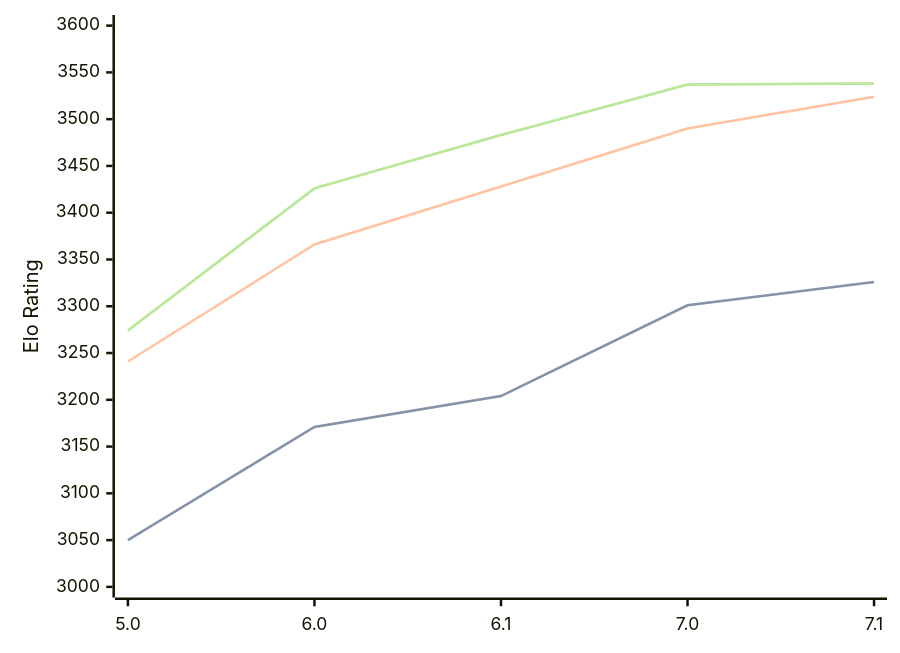
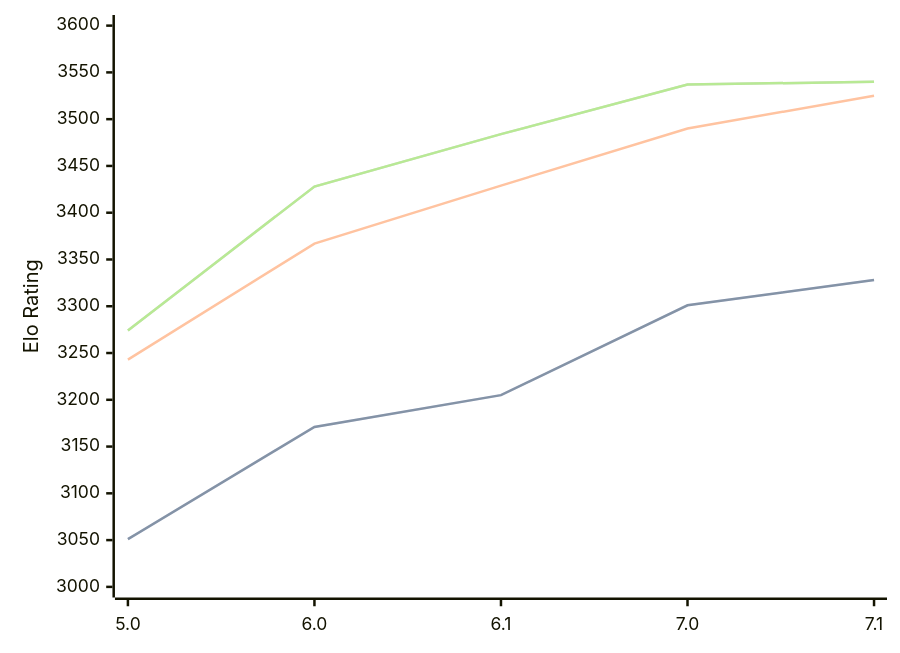
Before and after one commit to computer-chess-index/cci: the diagram in engines/PZChessBot.md, drawn with Mermaid. The commit also changed other lines of this file, not shown here.

Commit message:
Update CCI Ratings (ELO VLTC) - 2026-09-16

````diff
--- a/engines/PZChessBot.md
+++ b/engines/PZChessBot.md
@@ -35,11 +35,11 @@
 ```mermaid
 %%{init: {"theme":"base","themeVariables":{"seriesColors:['#a3a3a3','#222221','#faa371']}}}%%
 xychart-beta
   x-axis ["5.0", "6.0", "6.1", "7.0", "7.1"]
   y-axis "Elo Rating" 3000 --> 3600
-  line "" [3050, 3171, 3204, 3301, 3326]
-  line "STC (8.0+0.08s)" [3050, 3171, 3204, 3301, 3326]
-  line "LTC (60.0+0.60s)" [3241, 3366, 3428, 3490, 3524]
-  line "" [3274, 3426, 3483, 3537, 3538]
-  line "VLTC (2m24s+1.12s)" [3274, 3426, 3483, 3537, 3538]
+  line "" [3051, 3171, 3205, 3301, 3328]
+  line "STC (8.0+0.08s)" [3051, 3171, 3205, 3301, 3328]
+  line "LTC (60.0+0.60s)" [3243, 3367, 3429, 3490, 3525]
+  line "" [3274, 3428, 3484, 3537, 3540]
+  line "VLTC (2m24s+1.12s)" [3274, 3428, 3484, 3537, 3540]
 ```
````
